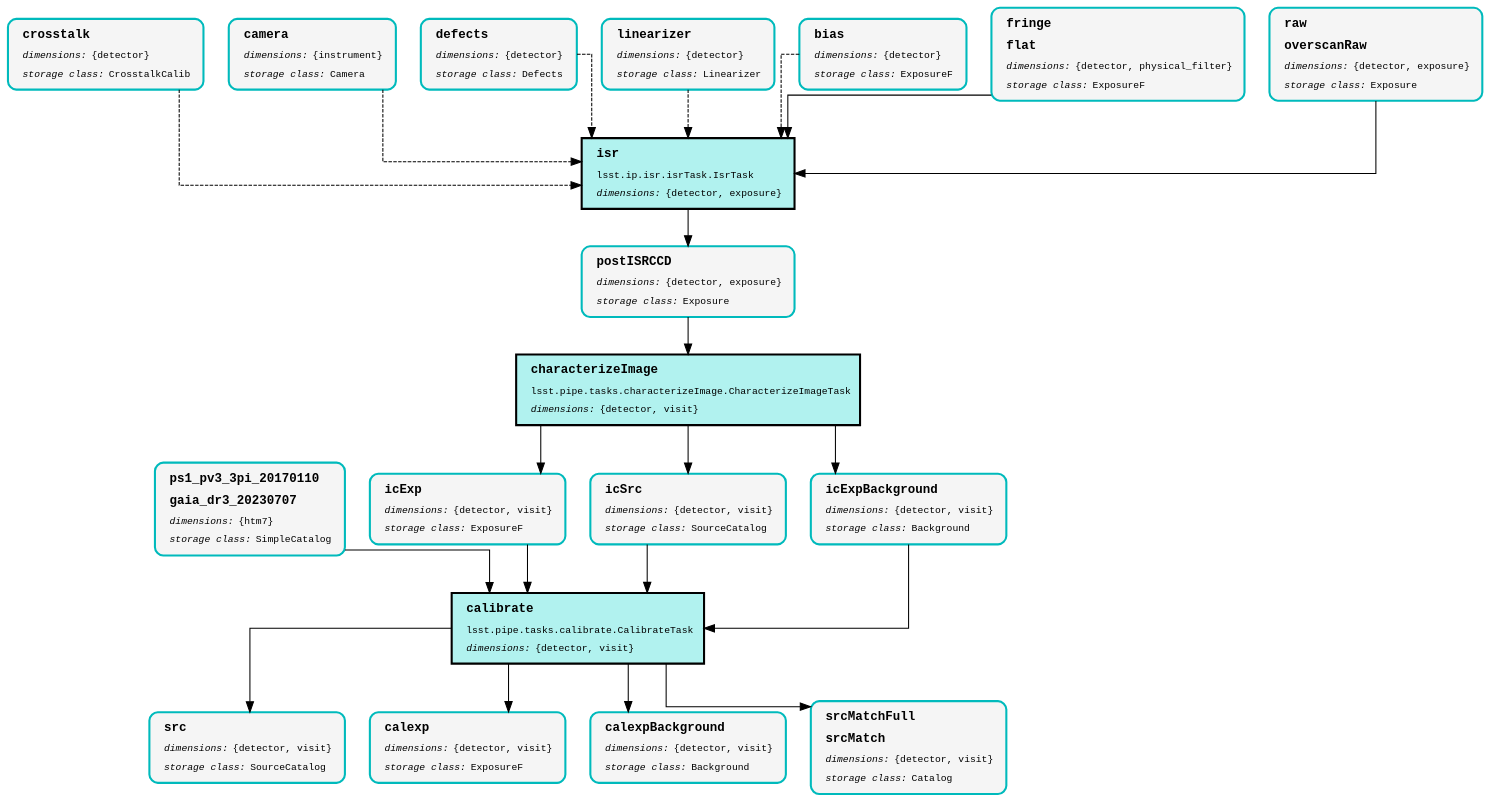
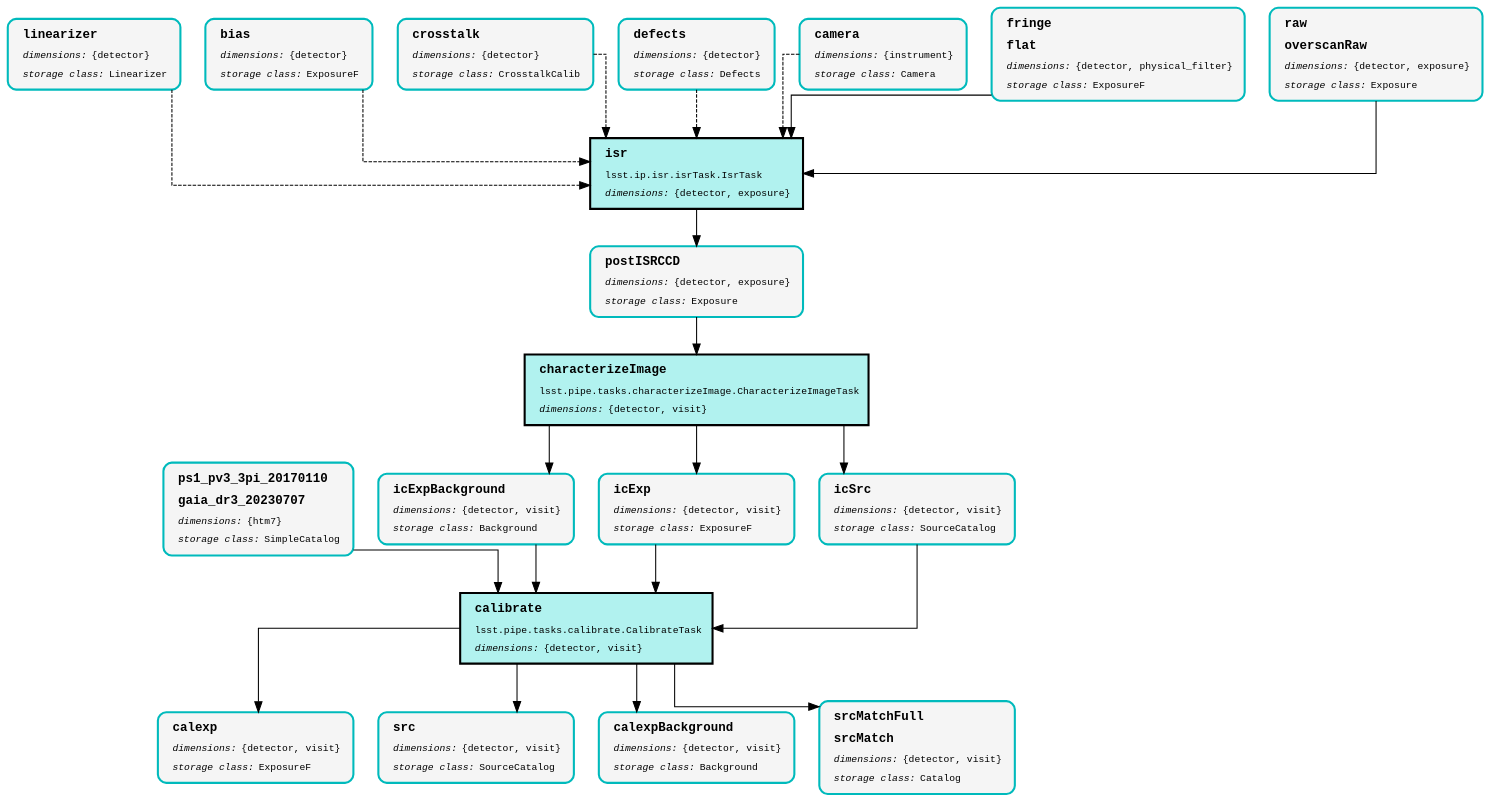
Before and after one commit to dirac-institute/proc-decam: the diagram in pipelines/DRP/step1b/pipeline.dot, drawn with Graphviz. The commit also changed other lines of this file and 67 other files, not shown here.

```diff
--- a/pipelines/DRP/step1b/pipeline.dot
+++ b/pipelines/DRP/step1b/pipeline.dot
@@ -1,44 +1,44 @@
 digraph Pipeline {
 graph [splines="ortho", nodesep="0.5", ranksep="0.75"];
 node [shape="box", fontname="Monospace", fontsize="14", margin="0.2,0.1", penwidth="3"];
 edge [color="black", arrowsize="1.5", penwidth="1.5", pad="10mm"];
 "isr:2" [style="filled", color="black", fillcolor="#B1F2EF", label=<<TABLE BORDER="0" CELLPADDING="5"><TR><TD ALIGN="LEFT"><B><FONT POINT-SIZE="18">isr</FONT></B></TD></TR><TR><TD ALIGN="LEFT">lsst.ip.isr.isrTask.IsrTask</TD></TR><TR><TD ALIGN="LEFT"><I>dimensions:</I>&nbsp;{detector, exposure}</TD></TR></TABLE>>];
-"crosstalk:0" [style="rounded,filled,bold", color="#00BABC", fillcolor="#F5F5F5", label=<<TABLE BORDER="0" CELLPADDING="5"><TR><TD ALIGN="LEFT"><B><FONT POINT-SIZE="18">crosstalk</FONT></B></TD></TR><TR><TD ALIGN="LEFT"><I>dimensions:</I>&nbsp;{detector}</TD></TR><TR><TD ALIGN="LEFT"><I>storage class:</I>&nbsp;CrosstalkCalib</TD></TR></TABLE>>];
-"camera:0" [style="rounded,filled,bold", color="#00BABC", fillcolor="#F5F5F5", label=<<TABLE BORDER="0" CELLPADDING="5"><TR><TD ALIGN="LEFT"><B><FONT POINT-SIZE="18">camera</FONT></B></TD></TR><TR><TD ALIGN="LEFT"><I>dimensions:</I>&nbsp;{instrument}</TD></TR><TR><TD ALIGN="LEFT"><I>storage class:</I>&nbsp;Camera</TD></TR></TABLE>>];
-"defects:0" [style="rounded,filled,bold", color="#00BABC", fillcolor="#F5F5F5", label=<<TABLE BORDER="0" CELLPADDING="5"><TR><TD ALIGN="LEFT"><B><FONT POINT-SIZE="18">defects</FONT></B></TD></TR><TR><TD ALIGN="LEFT"><I>dimensions:</I>&nbsp;{detector}</TD></TR><TR><TD ALIGN="LEFT"><I>storage class:</I>&nbsp;Defects</TD></TR></TABLE>>];
 "linearizer:0" [style="rounded,filled,bold", color="#00BABC", fillcolor="#F5F5F5", label=<<TABLE BORDER="0" CELLPADDING="5"><TR><TD ALIGN="LEFT"><B><FONT POINT-SIZE="18">linearizer</FONT></B></TD></TR><TR><TD ALIGN="LEFT"><I>dimensions:</I>&nbsp;{detector}</TD></TR><TR><TD ALIGN="LEFT"><I>storage class:</I>&nbsp;Linearizer</TD></TR></TABLE>>];
 "bias:0" [style="rounded,filled,bold", color="#00BABC", fillcolor="#F5F5F5", label=<<TABLE BORDER="0" CELLPADDING="5"><TR><TD ALIGN="LEFT"><B><FONT POINT-SIZE="18">bias</FONT></B></TD></TR><TR><TD ALIGN="LEFT"><I>dimensions:</I>&nbsp;{detector}</TD></TR><TR><TD ALIGN="LEFT"><I>storage class:</I>&nbsp;ExposureF</TD></TR></TABLE>>];
+"crosstalk:0" [style="rounded,filled,bold", color="#00BABC", fillcolor="#F5F5F5", label=<<TABLE BORDER="0" CELLPADDING="5"><TR><TD ALIGN="LEFT"><B><FONT POINT-SIZE="18">crosstalk</FONT></B></TD></TR><TR><TD ALIGN="LEFT"><I>dimensions:</I>&nbsp;{detector}</TD></TR><TR><TD ALIGN="LEFT"><I>storage class:</I>&nbsp;CrosstalkCalib</TD></TR></TABLE>>];
+"defects:0" [style="rounded,filled,bold", color="#00BABC", fillcolor="#F5F5F5", label=<<TABLE BORDER="0" CELLPADDING="5"><TR><TD ALIGN="LEFT"><B><FONT POINT-SIZE="18">defects</FONT></B></TD></TR><TR><TD ALIGN="LEFT"><I>dimensions:</I>&nbsp;{detector}</TD></TR><TR><TD ALIGN="LEFT"><I>storage class:</I>&nbsp;Defects</TD></TR></TABLE>>];
+"camera:0" [style="rounded,filled,bold", color="#00BABC", fillcolor="#F5F5F5", label=<<TABLE BORDER="0" CELLPADDING="5"><TR><TD ALIGN="LEFT"><B><FONT POINT-SIZE="18">camera</FONT></B></TD></TR><TR><TD ALIGN="LEFT"><I>dimensions:</I>&nbsp;{instrument}</TD></TR><TR><TD ALIGN="LEFT"><I>storage class:</I>&nbsp;Camera</TD></TR></TABLE>>];
 "postISRCCD:0" [style="rounded,filled,bold", color="#00BABC", fillcolor="#F5F5F5", label=<<TABLE BORDER="0" CELLPADDING="5"><TR><TD ALIGN="LEFT"><B><FONT POINT-SIZE="18">postISRCCD</FONT></B></TD></TR><TR><TD ALIGN="LEFT"><I>dimensions:</I>&nbsp;{detector, exposure}</TD></TR><TR><TD ALIGN="LEFT"><I>storage class:</I>&nbsp;Exposure</TD></TR></TABLE>>];
 "characterizeImage:2" [style="filled", color="black", fillcolor="#B1F2EF", label=<<TABLE BORDER="0" CELLPADDING="5"><TR><TD ALIGN="LEFT"><B><FONT POINT-SIZE="18">characterizeImage</FONT></B></TD></TR><TR><TD ALIGN="LEFT">lsst.pipe.tasks.characterizeImage.CharacterizeImageTask</TD></TR><TR><TD ALIGN="LEFT"><I>dimensions:</I>&nbsp;{detector, visit}</TD></TR></TABLE>>];
+"icExpBackground:0" [style="rounded,filled,bold", color="#00BABC", fillcolor="#F5F5F5", label=<<TABLE BORDER="0" CELLPADDING="5"><TR><TD ALIGN="LEFT"><B><FONT POINT-SIZE="18">icExpBackground</FONT></B></TD></TR><TR><TD ALIGN="LEFT"><I>dimensions:</I>&nbsp;{detector, visit}</TD></TR><TR><TD ALIGN="LEFT"><I>storage class:</I>&nbsp;Background</TD></TR></TABLE>>];
 "icExp:0" [style="rounded,filled,bold", color="#00BABC", fillcolor="#F5F5F5", label=<<TABLE BORDER="0" CELLPADDING="5"><TR><TD ALIGN="LEFT"><B><FONT POINT-SIZE="18">icExp</FONT></B></TD></TR><TR><TD ALIGN="LEFT"><I>dimensions:</I>&nbsp;{detector, visit}</TD></TR><TR><TD ALIGN="LEFT"><I>storage class:</I>&nbsp;ExposureF</TD></TR></TABLE>>];
 "icSrc:0" [style="rounded,filled,bold", color="#00BABC", fillcolor="#F5F5F5", label=<<TABLE BORDER="0" CELLPADDING="5"><TR><TD ALIGN="LEFT"><B><FONT POINT-SIZE="18">icSrc</FONT></B></TD></TR><TR><TD ALIGN="LEFT"><I>dimensions:</I>&nbsp;{detector, visit}</TD></TR><TR><TD ALIGN="LEFT"><I>storage class:</I>&nbsp;SourceCatalog</TD></TR></TABLE>>];
-"icExpBackground:0" [style="rounded,filled,bold", color="#00BABC", fillcolor="#F5F5F5", label=<<TABLE BORDER="0" CELLPADDING="5"><TR><TD ALIGN="LEFT"><B><FONT POINT-SIZE="18">icExpBackground</FONT></B></TD></TR><TR><TD ALIGN="LEFT"><I>dimensions:</I>&nbsp;{detector, visit}</TD></TR><TR><TD ALIGN="LEFT"><I>storage class:</I>&nbsp;Background</TD></TR></TABLE>>];
 "calibrate:2" [style="filled", color="black", fillcolor="#B1F2EF", label=<<TABLE BORDER="0" CELLPADDING="5"><TR><TD ALIGN="LEFT"><B><FONT POINT-SIZE="18">calibrate</FONT></B></TD></TR><TR><TD ALIGN="LEFT">lsst.pipe.tasks.calibrate.CalibrateTask</TD></TR><TR><TD ALIGN="LEFT"><I>dimensions:</I>&nbsp;{detector, visit}</TD></TR></TABLE>>];
+"calexp:0" [style="rounded,filled,bold", color="#00BABC", fillcolor="#F5F5F5", label=<<TABLE BORDER="0" CELLPADDING="5"><TR><TD ALIGN="LEFT"><B><FONT POINT-SIZE="18">calexp</FONT></B></TD></TR><TR><TD ALIGN="LEFT"><I>dimensions:</I>&nbsp;{detector, visit}</TD></TR><TR><TD ALIGN="LEFT"><I>storage class:</I>&nbsp;ExposureF</TD></TR></TABLE>>];
 "src:0" [style="rounded,filled,bold", color="#00BABC", fillcolor="#F5F5F5", label=<<TABLE BORDER="0" CELLPADDING="5"><TR><TD ALIGN="LEFT"><B><FONT POINT-SIZE="18">src</FONT></B></TD></TR><TR><TD ALIGN="LEFT"><I>dimensions:</I>&nbsp;{detector, visit}</TD></TR><TR><TD ALIGN="LEFT"><I>storage class:</I>&nbsp;SourceCatalog</TD></TR></TABLE>>];
-"calexp:0" [style="rounded,filled,bold", color="#00BABC", fillcolor="#F5F5F5", label=<<TABLE BORDER="0" CELLPADDING="5"><TR><TD ALIGN="LEFT"><B><FONT POINT-SIZE="18">calexp</FONT></B></TD></TR><TR><TD ALIGN="LEFT"><I>dimensions:</I>&nbsp;{detector, visit}</TD></TR><TR><TD ALIGN="LEFT"><I>storage class:</I>&nbsp;ExposureF</TD></TR></TABLE>>];
 "calexpBackground:0" [style="rounded,filled,bold", color="#00BABC", fillcolor="#F5F5F5", label=<<TABLE BORDER="0" CELLPADDING="5"><TR><TD ALIGN="LEFT"><B><FONT POINT-SIZE="18">calexpBackground</FONT></B></TD></TR><TR><TD ALIGN="LEFT"><I>dimensions:</I>&nbsp;{detector, visit}</TD></TR><TR><TD ALIGN="LEFT"><I>storage class:</I>&nbsp;Background</TD></TR></TABLE>>];
 "d28a74d6:0" [style="rounded,filled,bold", color="#00BABC", fillcolor="#F5F5F5", label=<<TABLE BORDER="0" CELLPADDING="5"><TR><TD ALIGN="LEFT"><B><FONT POINT-SIZE="18">fringe</FONT></B></TD></TR><TR><TD ALIGN="LEFT"><B><FONT POINT-SIZE="18">flat</FONT></B></TD></TR><TR><TD ALIGN="LEFT"><I>dimensions:</I>&nbsp;{detector, physical_filter}</TD></TR><TR><TD ALIGN="LEFT"><I>storage class:</I>&nbsp;ExposureF</TD></TR></TABLE>>];
 "998e6c26:0" [style="rounded,filled,bold", color="#00BABC", fillcolor="#F5F5F5", label=<<TABLE BORDER="0" CELLPADDING="5"><TR><TD ALIGN="LEFT"><B><FONT POINT-SIZE="18">raw</FONT></B></TD></TR><TR><TD ALIGN="LEFT"><B><FONT POINT-SIZE="18">overscanRaw</FONT></B></TD></TR><TR><TD ALIGN="LEFT"><I>dimensions:</I>&nbsp;{detector, exposure}</TD></TR><TR><TD ALIGN="LEFT"><I>storage class:</I>&nbsp;Exposure</TD></TR></TABLE>>];
 "c1110ee2:0" [style="rounded,filled,bold", color="#00BABC", fillcolor="#F5F5F5", label=<<TABLE BORDER="0" CELLPADDING="5"><TR><TD ALIGN="LEFT"><B><FONT POINT-SIZE="18">ps1_pv3_3pi_20170110</FONT></B></TD></TR><TR><TD ALIGN="LEFT"><B><FONT POINT-SIZE="18">gaia_dr3_20230707</FONT></B></TD></TR><TR><TD ALIGN="LEFT"><I>dimensions:</I>&nbsp;{htm7}</TD></TR><TR><TD ALIGN="LEFT"><I>storage class:</I>&nbsp;SimpleCatalog</TD></TR></TABLE>>];
 "45e3f18b:0" [style="rounded,filled,bold", color="#00BABC", fillcolor="#F5F5F5", label=<<TABLE BORDER="0" CELLPADDING="5"><TR><TD ALIGN="LEFT"><B><FONT POINT-SIZE="18">srcMatchFull</FONT></B></TD></TR><TR><TD ALIGN="LEFT"><B><FONT POINT-SIZE="18">srcMatch</FONT></B></TD></TR><TR><TD ALIGN="LEFT"><I>dimensions:</I>&nbsp;{detector, visit}</TD></TR><TR><TD ALIGN="LEFT"><I>storage class:</I>&nbsp;Catalog</TD></TR></TABLE>>];
 "isr:2" -> "postISRCCD:0";
-"crosstalk:0" -> "isr:2" [style="dashed"];
-"camera:0" -> "isr:2" [style="dashed"];
-"defects:0" -> "isr:2" [style="dashed"];
 "linearizer:0" -> "isr:2" [style="dashed"];
 "bias:0" -> "isr:2" [style="dashed"];
+"crosstalk:0" -> "isr:2" [style="dashed"];
+"defects:0" -> "isr:2" [style="dashed"];
+"camera:0" -> "isr:2" [style="dashed"];
 "postISRCCD:0" -> "characterizeImage:2";
+"characterizeImage:2" -> "icExpBackground:0";
 "characterizeImage:2" -> "icExp:0";
 "characterizeImage:2" -> "icSrc:0";
-"characterizeImage:2" -> "icExpBackground:0";
+"icExpBackground:0" -> "calibrate:2";
 "icExp:0" -> "calibrate:2";
 "icSrc:0" -> "calibrate:2";
-"icExpBackground:0" -> "calibrate:2";
+"calibrate:2" -> "calexp:0";
 "calibrate:2" -> "src:0";
-"calibrate:2" -> "calexp:0";
 "calibrate:2" -> "calexpBackground:0";
 "calibrate:2" -> "45e3f18b:0";
 "d28a74d6:0" -> "isr:2";
 "998e6c26:0" -> "isr:2";
 "c1110ee2:0" -> "calibrate:2";
 }
```
